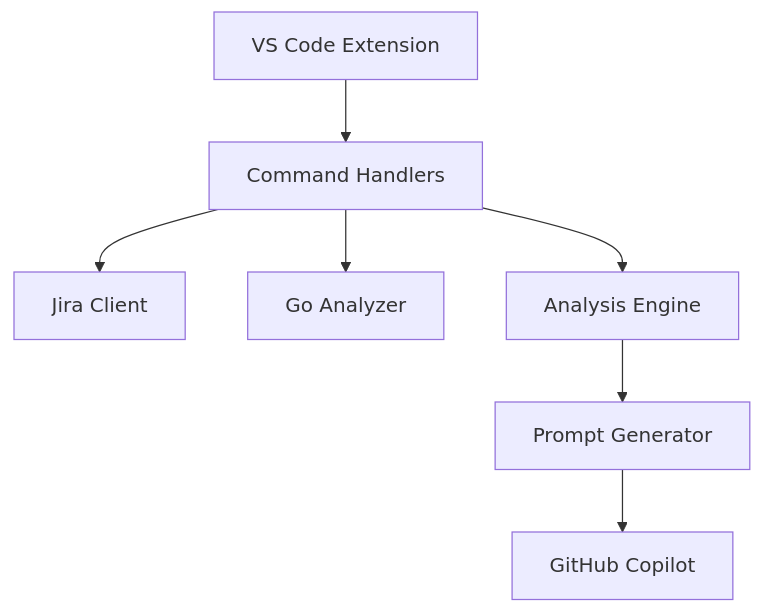
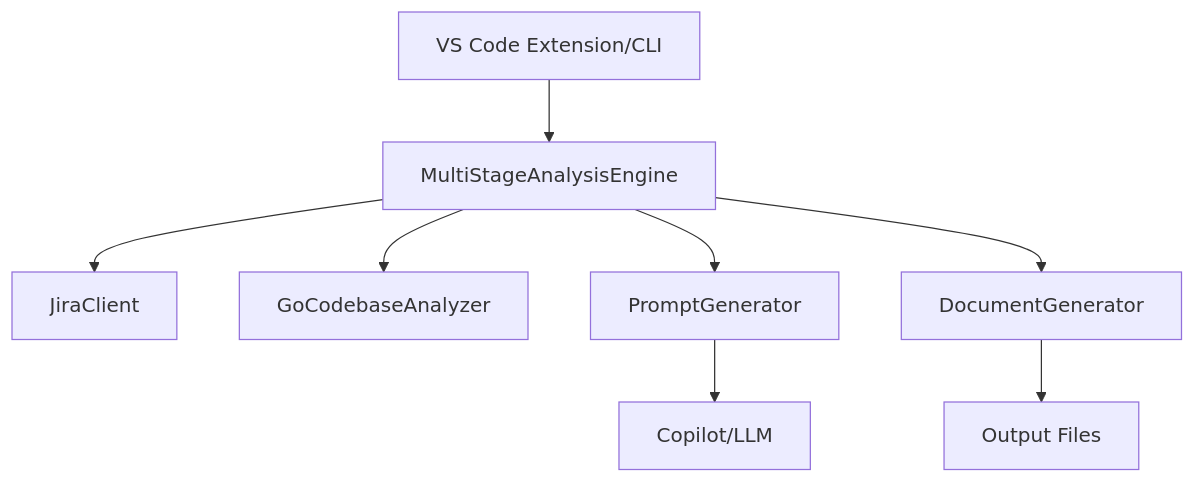
One commit to Srinidhi94/Product-Owner-AI-Agent changed the diagram in docs/DEVELOPER_GUIDE.md. Above: the diagram before and after it, drawn with Mermaid. The commit also changed other lines of this file and 5 other files, not shown here.

Commit message:
docs: comprehensive overhaul for PRD, architecture, user, developer, PoC guides, and README; clarify workflow, add visuals, align with product vision

````diff
--- a/docs/DEVELOPER_GUIDE.md
+++ b/docs/DEVELOPER_GUIDE.md
@@ -18,9 +22,10 @@
 ```mermaid
-graph TB
-    A[VS Code Extension] --> B[Command Handlers]
-    B --> C[Jira Client]
-    B --> D[Go Analyzer]
-    B --> E[Analysis Engine]
-    E --> F[Prompt Generator]
-    F --> G[GitHub Copilot]
+graph TD
+    A[VS Code Extension/CLI] --> B[MultiStageAnalysisEngine]
+    B --> C[JiraClient]
+    B --> D[GoCodebaseAnalyzer]
+    B --> E[PromptGenerator]
+    B --> F[DocumentGenerator]
+    E --> G[Copilot/LLM]
+    F --> H[Output Files]
 ```
````
